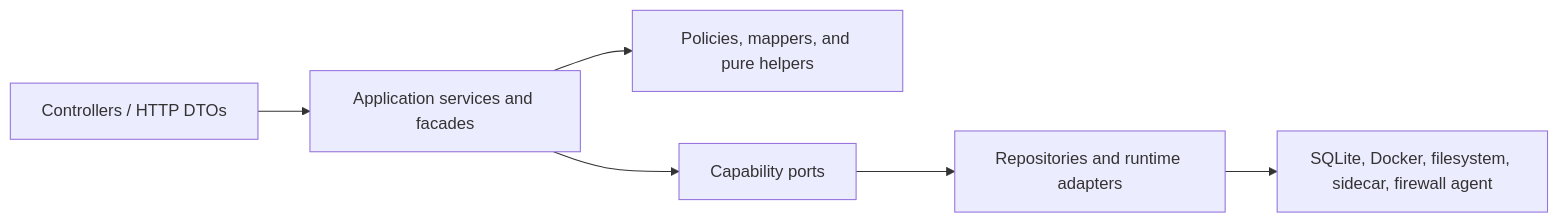
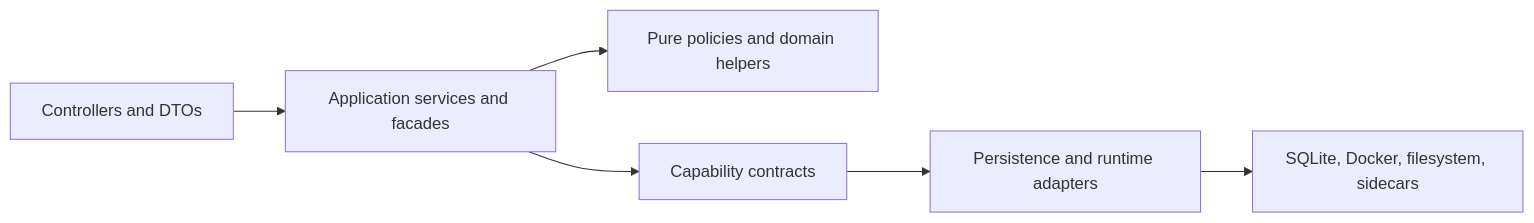
Before and after one commit to maeek/rebroid: the first of 2 diagrams in docs/orchestrator-architecture.md, drawn with Mermaid. The commit also changed other lines of this file and 22 other files, not shown here.

````diff
--- a/docs/orchestrator-architecture.md
+++ b/docs/orchestrator-architecture.md
@@ -12,8 +10,8 @@
 ```mermaid
 flowchart LR
-  HTTP["Controllers / HTTP DTOs"] --> App["Application services and facades"]
-  App --> Domain["Policies, mappers, and pure helpers"]
-  App --> Ports["Capability ports"]
-  Ports --> Adapters["Repositories and runtime adapters"]
-  Adapters --> Infra["SQLite, Docker, filesystem, sidecar, firewall agent"]
+  HTTP["Controllers and DTOs"] --> UseCases["Application services and facades"]
+  UseCases --> Policy["Pure policies and domain helpers"]
+  UseCases --> Ports["Capability contracts"]
+  Ports --> Adapters["Persistence and runtime adapters"]
+  Adapters --> Infra["SQLite, Docker, filesystem, sidecars"]
 ```
````
